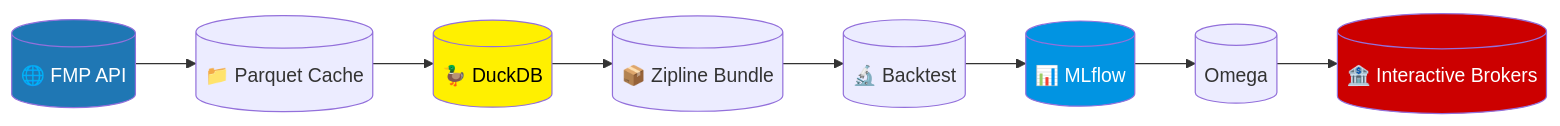
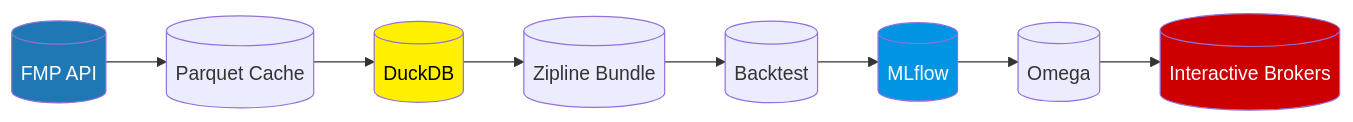
Before and after one commit to Johnclinton95-coder/QuantHedgeFund: the second of 2 diagrams in README.md, drawn with Mermaid. The commit also changed other lines of this file, not shown here.

````diff
--- a/README.md
+++ b/README.md
@@ -129,15 +129,15 @@
 ```mermaid
 flowchart LR
- A[("🌐 FMP API")] --> B[("📁 Parquet Cache")]
- B --> C[("🦆 DuckDB")]
- C --> D[("📦 Zipline Bundle")]
- D --> E[("🔬 Backtest")]
- E --> F[("📊 MLflow")]
+ A[(" FMP API")] --> B[(" Parquet Cache")]
+ B --> C[(" DuckDB")]
+ C --> D[(" Zipline Bundle")]
+ D --> E[(" Backtest")]
+ E --> F[(" MLflow")]
  F --> G[(" Omega")]
- G --> H[("🏦 Interactive Brokers")]
+ G --> H[(" Interactive Brokers")]
 
  style A fill:#1f77b4,color:#fff
  style C fill:#FFF000,color:#000
  style F fill:#0194E2,color:#fff
  style H fill:#CC0000,color:#fff
 ```
````
